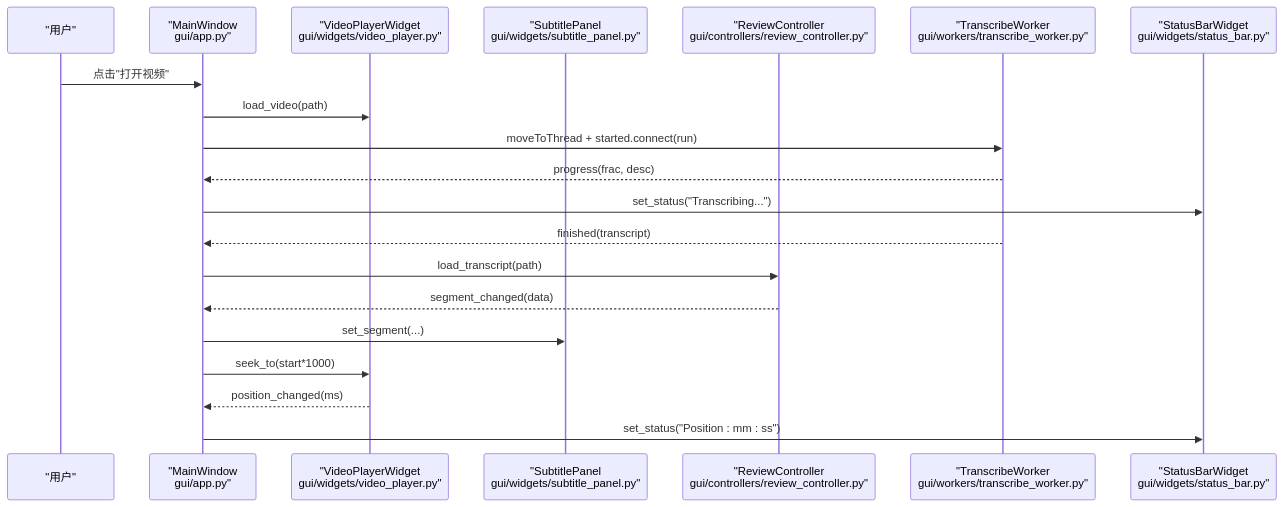
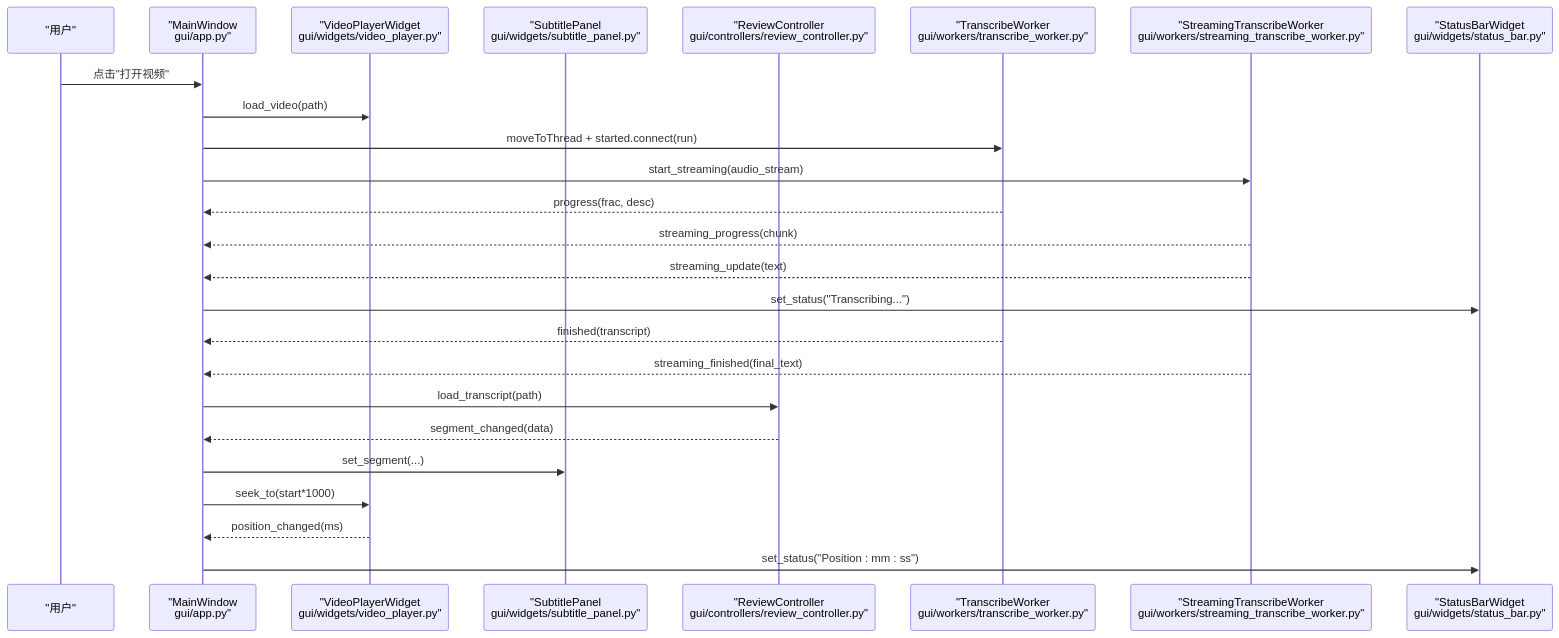
Before and after one commit to boyingliu01/VideoSplitter: the second of 14 diagrams in .qoder/repowiki/zh/content/测试与质量保证/GUI测试.md, drawn with Mermaid. The commit also changed other lines of this file and 147 other files, not shown here.

````diff
--- a/.qoder/repowiki/zh/content/测试与质量保证/GUI测试.md
+++ b/.qoder/repowiki/zh/content/测试与质量保证/GUI测试.md
@@ -146,22 +163,27 @@
 ```mermaid
 sequenceDiagram
 participant U as "用户"
 participant MW as "MainWindow<br/>gui/app.py"
 participant VP as "VideoPlayerWidget<br/>gui/widgets/video_player.py"
 participant SP as "SubtitlePanel<br/>gui/widgets/subtitle_panel.py"
 participant RC as "ReviewController<br/>gui/controllers/review_controller.py"
 participant WK as "TranscribeWorker<br/>gui/workers/transcribe_worker.py"
+participant SWK as "StreamingTranscribeWorker<br/>gui/workers/streaming_transcribe_worker.py"
 participant SB as "StatusBarWidget<br/>gui/widgets/status_bar.py"
 U->>MW : 点击"打开视频"
 MW->>VP : load_video(path)
 MW->>WK : moveToThread + started.connect(run)
+MW->>SWK : start_streaming(audio_stream)
 WK-->>MW : progress(frac, desc)
+SWK-->>MW : streaming_progress(chunk)
+SWK-->>MW : streaming_update(text)
 MW->>SB : set_status("Transcribing...")
 WK-->>MW : finished(transcript)
+SWK-->>MW : streaming_finished(final_text)
 MW->>RC : load_transcript(path)
 RC-->>MW : segment_changed(data)
 MW->>SP : set_segment(...)
 MW->>VP : seek_to(start*1000)
 VP-->>MW : position_changed(ms)
 MW->>SB : set_status("Position : mm : ss")
 ```
````
